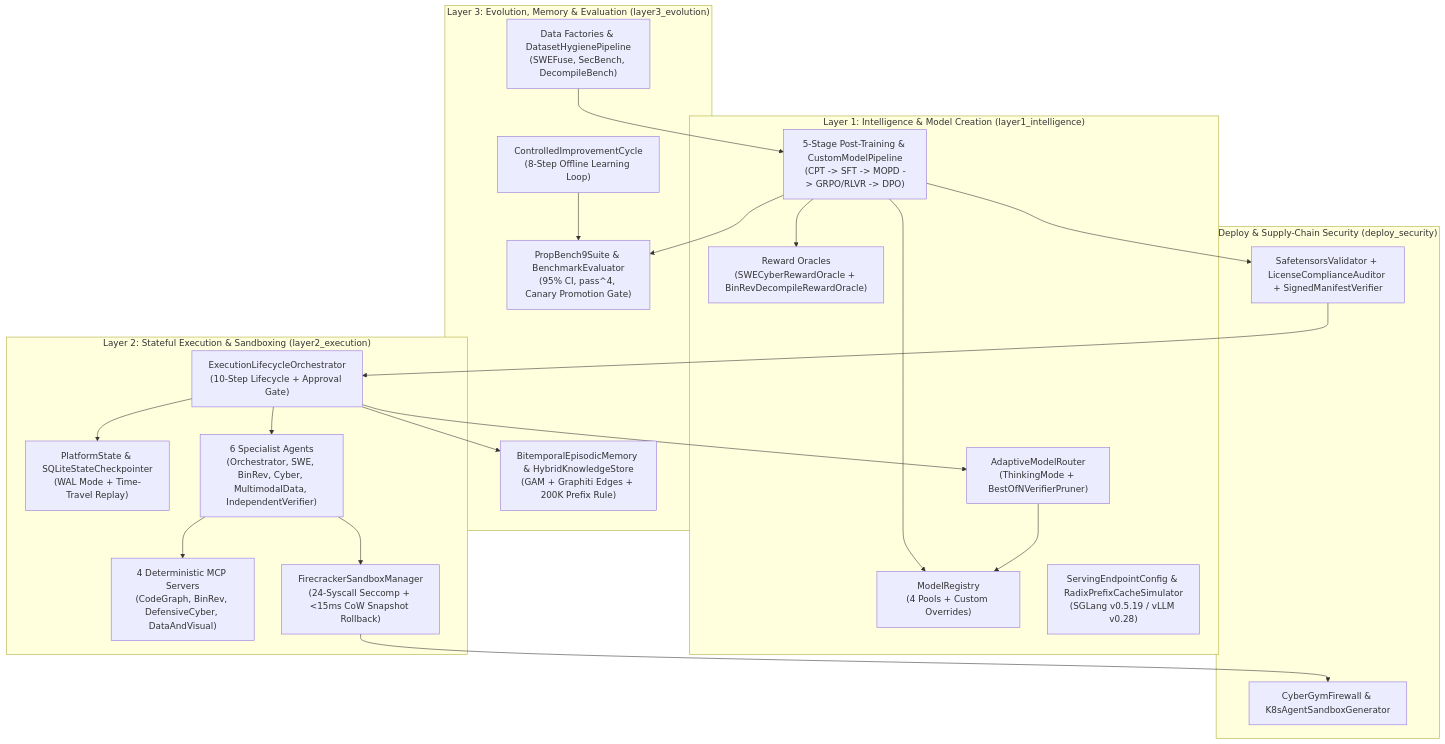
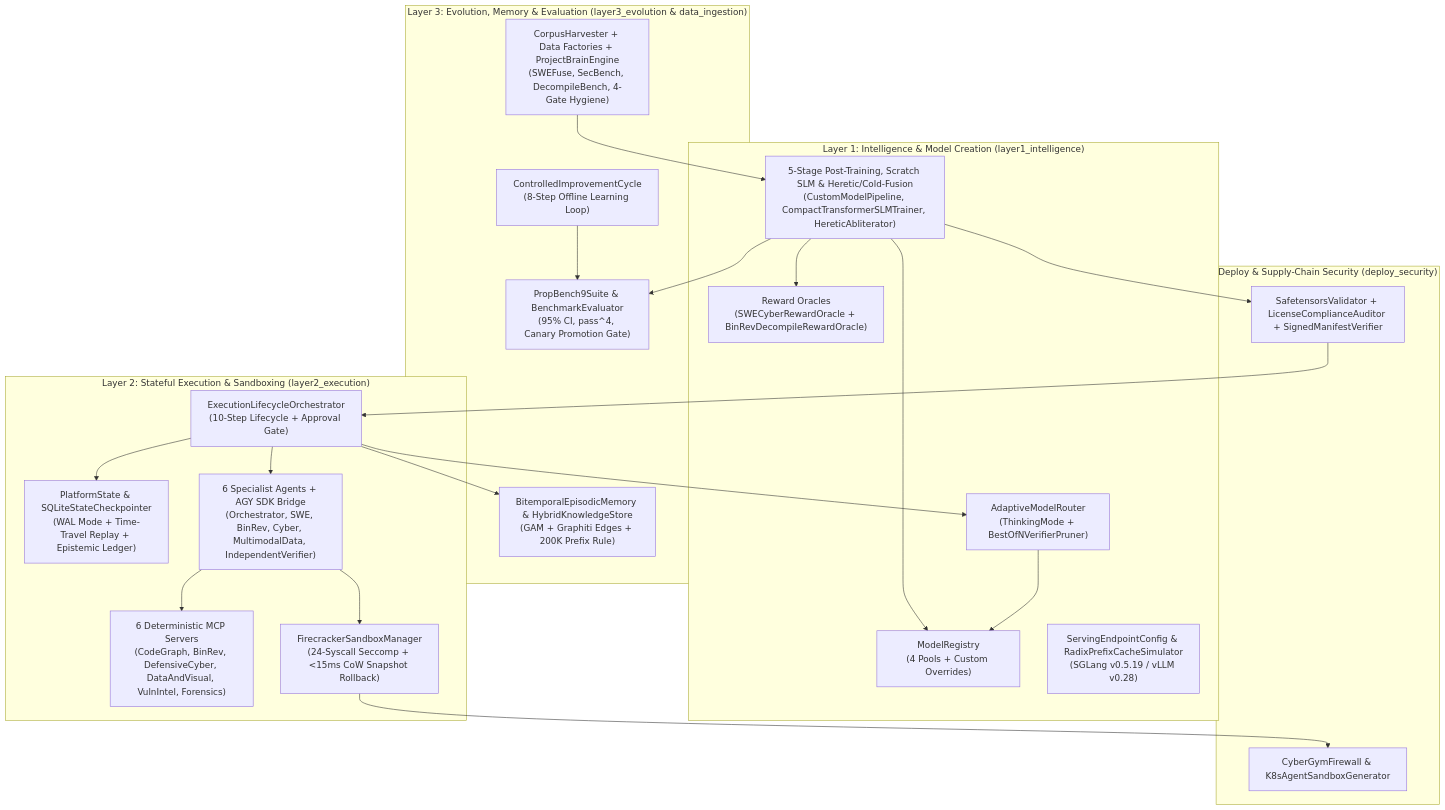
One commit to gballa/ai-model-platform changed the second of 2 diagrams in docs/architecture/system-architecture.md. Above: the diagram before and after it, drawn with Mermaid. The commit also changed 40 other files, not shown here.

Commit message:
docs: update architecture documentation, agent topology, and symbol indexes

````diff
--- a/docs/architecture/system-architecture.md
+++ b/docs/architecture/system-architecture.md
@@ -47,46 +47,46 @@
 ```mermaid
 flowchart TB
     subgraph L1["Layer 1: Intelligence & Model Creation (layer1_intelligence)"]
         Registry["ModelRegistry\n(4 Pools + Custom Overrides)"]
         Router["AdaptiveModelRouter\n(ThinkingMode + BestOfNVerifierPruner)"]
         Serving["ServingEndpointConfig & RadixPrefixCacheSimulator\n(SGLang v0.5.19 / vLLM v0.28)"]
-        Training["5-Stage Post-Training & CustomModelPipeline\n(CPT -> SFT -> MOPD -> GRPO/RLVR -> DPO)"]
+        Training["5-Stage Post-Training, Scratch SLM & Heretic/Cold-Fusion\n(CustomModelPipeline, CompactTransformerSLMTrainer, HereticAbliterator)"]
         Oracles["Reward Oracles\n(SWECyberRewardOracle + BinRevDecompileRewardOracle)"]
     end
 
     subgraph L2["Layer 2: Stateful Execution & Sandboxing (layer2_execution)"]
         Orch["ExecutionLifecycleOrchestrator\n(10-Step Lifecycle + Approval Gate)"]
-        State["PlatformState & SQLiteStateCheckpointer\n(WAL Mode + Time-Travel Replay)"]
-        Agents["6 Specialist Agents\n(Orchestrator, SWE, BinRev, Cyber, MultimodalData, IndependentVerifier)"]
-        MCP["4 Deterministic MCP Servers\n(CodeGraph, BinRev, DefensiveCyber, DataAndVisual)"]
+        State["PlatformState & SQLiteStateCheckpointer\n(WAL Mode + Time-Travel Replay + Epistemic Ledger)"]
+        Agents["6 Specialist Agents + AGY SDK Bridge\n(Orchestrator, SWE, BinRev, Cyber, MultimodalData, IndependentVerifier)"]
+        MCP["6 Deterministic MCP Servers\n(CodeGraph, BinRev, DefensiveCyber, DataAndVisual, VulnIntel, Forensics)"]
         Sandbox["FirecrackerSandboxManager\n(24-Syscall Seccomp + <15ms CoW Snapshot Rollback)"]
     end
 
-    subgraph L3["Layer 3: Evolution, Memory & Evaluation (layer3_evolution)"]
+    subgraph L3["Layer 3: Evolution, Memory & Evaluation (layer3_evolution & data_ingestion)"]
         Memory["BitemporalEpisodicMemory & HybridKnowledgeStore\n(GAM + Graphiti Edges + 200K Prefix Rule)"]
-        Factories["Data Factories & DatasetHygienePipeline\n(SWEFuse, SecBench, DecompileBench)"]
+        Factories["CorpusHarvester + Data Factories + ProjectBrainEngine\n(SWEFuse, SecBench, DecompileBench, 4-Gate Hygiene)"]
         Eval["PropBench9Suite & BenchmarkEvaluator\n(95% CI, pass^4, Canary Promotion Gate)"]
         Cycle["ControlledImprovementCycle\n(8-Step Offline Learning Loop)"]
     end
 
     subgraph Sec["Deploy & Supply-Chain Security (deploy_security)"]
         Gov["SafetensorsValidator + LicenseComplianceAuditor + SignedManifestVerifier"]
         FW["CyberGymFirewall & K8sAgentSandboxGenerator"]
     end
 
     Orch --> State
     Orch --> Router
     Router --> Registry
     Orch --> Agents
     Agents --> MCP
     Agents --> Sandbox
     Sandbox --> FW
     Orch --> Memory
     Factories --> Training
     Training --> Oracles
     Training --> Eval
     Training --> Gov
     Training --> Registry
     Cycle --> Eval
     Gov --> Orch
 ```
````
